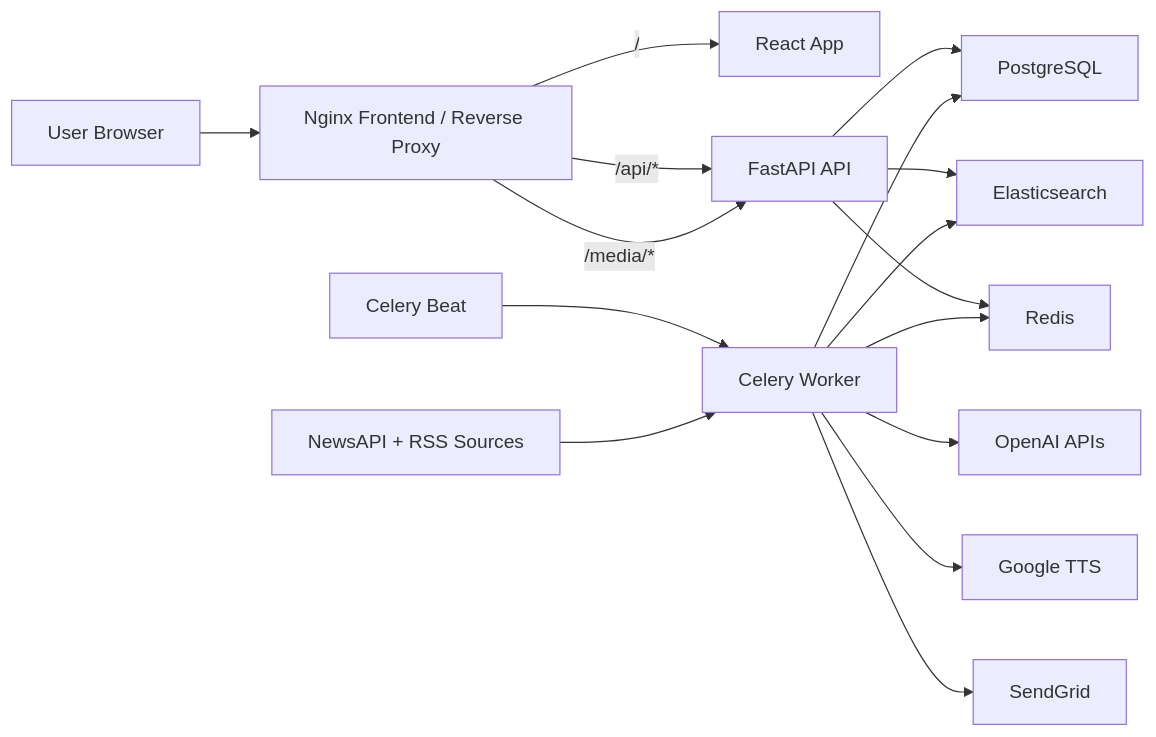
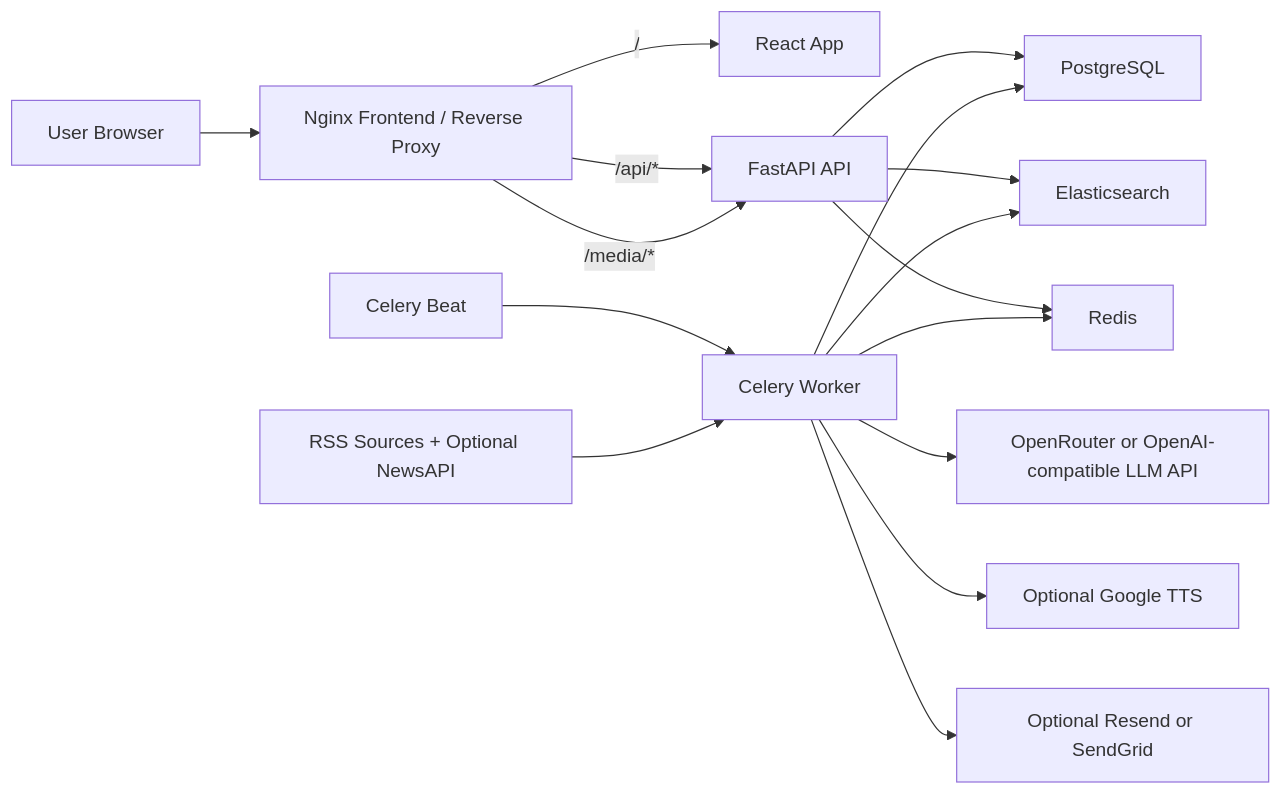
Before and after one commit to Whauv/BriefBiz: the diagram in README.md, drawn with Mermaid. The commit also changed other lines of this file and 38 other files, not shown here.

Commit message:
Refactor architecture and production readiness

````diff
--- a/README.md
+++ b/README.md
@@ -152,21 +168,21 @@
 ```mermaid
 flowchart LR
     U["User Browser"] --> N["Nginx Frontend / Reverse Proxy"]
     N -->|"/"| R["React App"]
     N -->|"/api/*"| A["FastAPI API"]
     N -->|"/media/*"| A
 
     A --> P["PostgreSQL"]
     A --> E["Elasticsearch"]
     A --> C["Redis"]
 
     B["Celery Beat"] --> W["Celery Worker"]
     W --> P
     W --> E
     W --> C
-    W --> O["OpenAI APIs"]
-    W --> T["Google TTS"]
-    W --> S["SendGrid"]
+    W --> O["OpenRouter or OpenAI-compatible LLM API"]
+    W --> T["Optional Google TTS"]
+    W --> S["Optional Resend or SendGrid"]
 
-    F["NewsAPI + RSS Sources"] --> W
+    F["RSS Sources + Optional NewsAPI"] --> W
 ```
````
